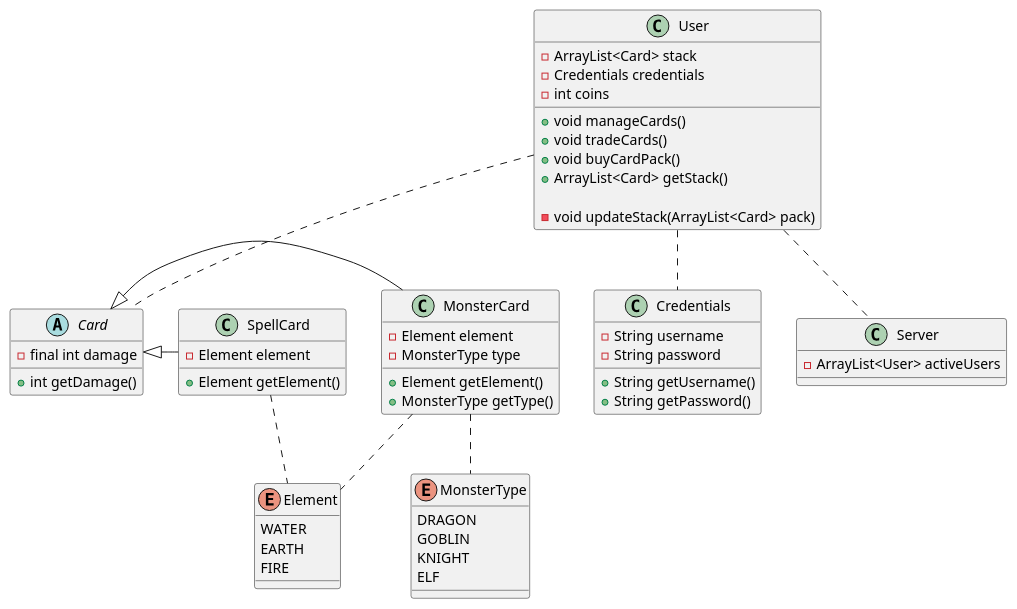
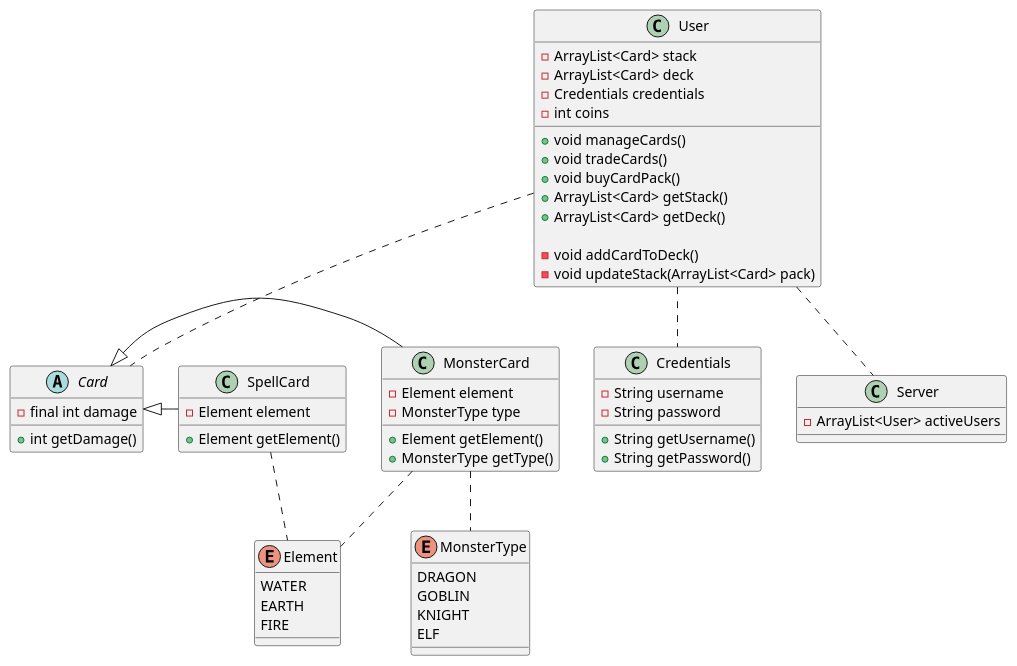
Before and after one commit to skyler544/mtcg: the diagram in documentation/mtcg.puml, drawn with PlantUML. The commit also changed 4 other files, not shown here.

```diff
--- a/documentation/mtcg.puml
+++ b/documentation/mtcg.puml
@@ -1,71 +1,74 @@
 @startuml
 
 class Server {
        - ArrayList<User> activeUsers
 }
 
 class User {
         - ArrayList<Card> stack
+        - ArrayList<Card> deck
         - Credentials credentials
         - int coins
 
         + void manageCards()
         + void tradeCards()
         + void buyCardPack()
         + ArrayList<Card> getStack()
+        + ArrayList<Card> getDeck()
 
+        - void addCardToDeck()
         - void updateStack(ArrayList<Card> pack)
 }
 
 abstract class Card {
         - final int damage
 
         + int getDamage()
 }
 
 class Credentials {
         - String username
         - String password
 
         + String getUsername()
         + String getPassword()
 }
 
 User .. Card
 User .. Credentials
 User .. Server
 
 enum MonsterType {
         DRAGON
         GOBLIN
         KNIGHT
         ELF
 }
 enum Element {
         WATER
         EARTH
         FIRE
 }
 
 class MonsterCard {
         - Element element
         - MonsterType type
 
         + Element getElement()
         + MonsterType getType()
 }
 class SpellCard {
         - Element element
 
         + Element getElement()
 }
 
 Card <|- MonsterCard
 Card <|- SpellCard
 
 MonsterCard .. MonsterType
 MonsterCard .. Element
 
 SpellCard .. Element
 
 @enduml
```
